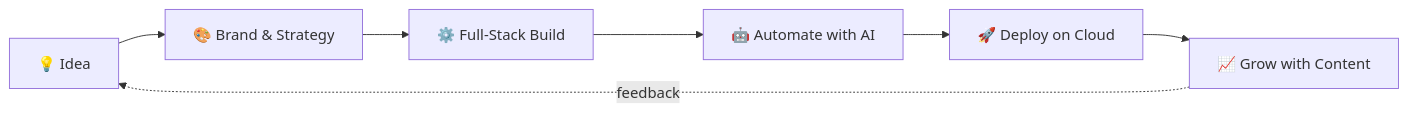
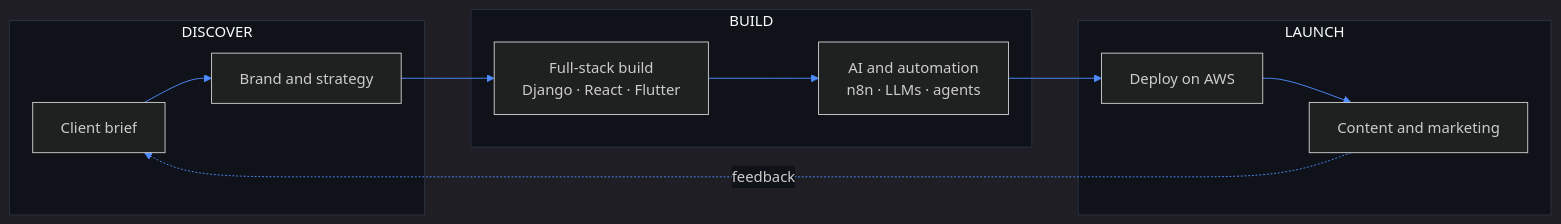
One commit to KLI888/KLI888 changed the second of 4 diagrams in README.md. Above: the diagram before and after it, drawn with Mermaid. The commit also changed other lines of this file and 13 other files, not shown here.

````diff
--- a/README.md
+++ b/README.md
@@ -86,9 +48,16 @@
 ```mermaid
+%%{init: {'theme':'dark','themeVariables':{'primaryColor':'#1a1f29','primaryTextColor':'#d0d7e2','primaryBorderColor':'#4f8cff','lineColor':'#4f8cff','secondaryColor':'#1a1f29','tertiaryColor':'#0f1218','clusterBkg':'#0f1218','clusterBorder':'#2b3240','edgeLabelBackground':'#0f1218','fontFamily':'monospace'}}}%%
 flowchart LR
-    A[💡 Idea] --> B[🎨 Brand & Strategy]
-    B --> C[⚙️ Full-Stack Build]
-    C --> D[🤖 Automate with AI]
-    D --> E[🚀 Deploy on Cloud]
-    E --> F[📈 Grow with Content]
-    F -.feedback.-> A
+    subgraph DISCOVER
+        A[Client brief] --> B[Brand and strategy]
+    end
+    subgraph BUILD
+        C["Full-stack build<br/>Django · React · Flutter"] --> D["AI and automation<br/>n8n · LLMs · agents"]
+    end
+    subgraph LAUNCH
+        E[Deploy on AWS] --> F[Content and marketing]
+    end
+    B --> C
+    D --> E
+    F -. feedback .-> A
 ```
````
